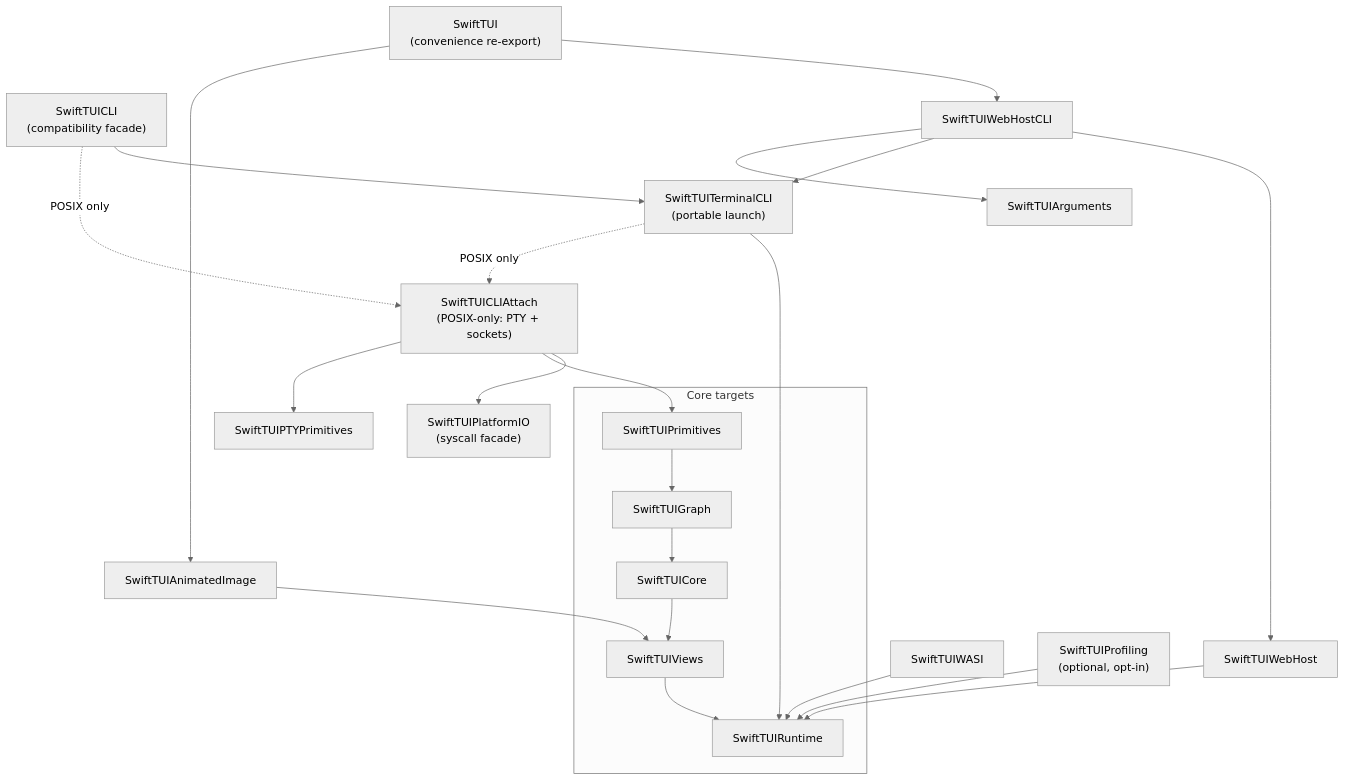
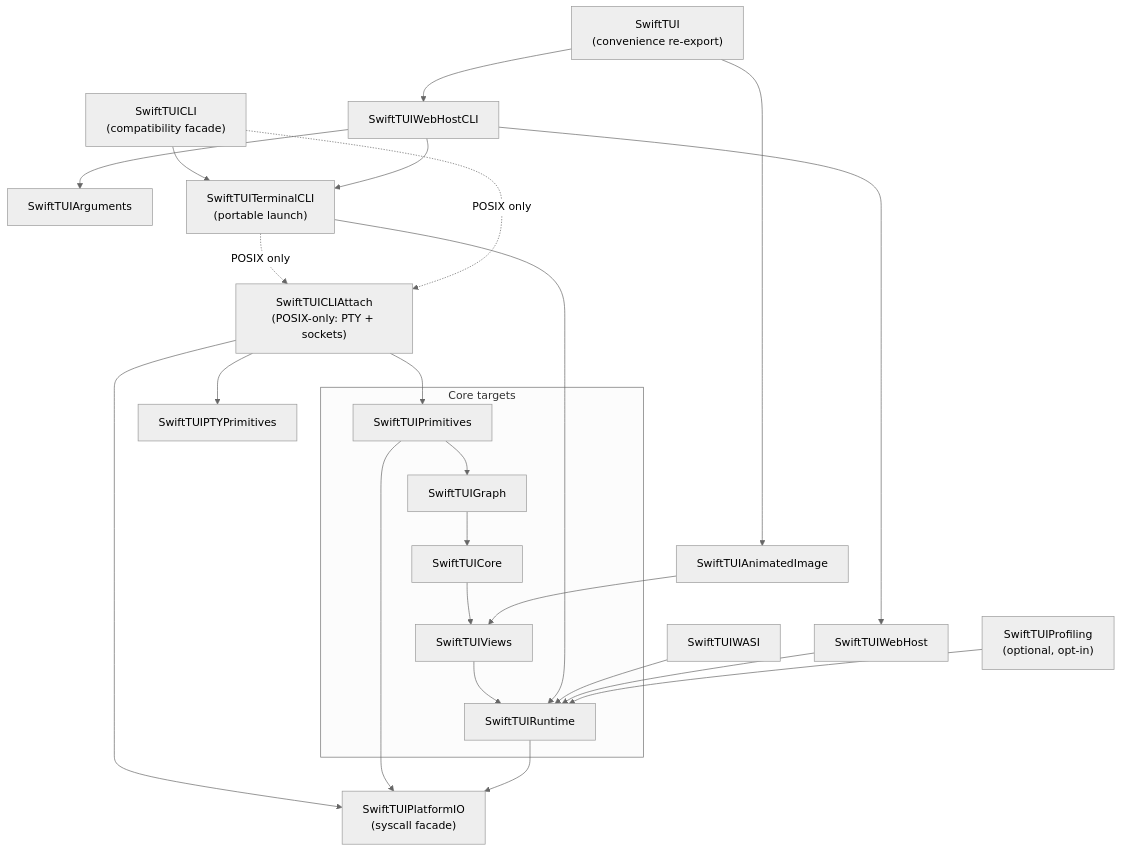
The second of 2 diagrams in docs/ARCHITECTURE.md (SwiftTUI/swift-tui), drawn with Mermaid (neutral theme) before and after one commit. The commit also changed other lines of this file and 8 other files, not shown here.

````diff
--- a/docs/ARCHITECTURE.md
+++ b/docs/ARCHITECTURE.md
@@ -134,35 +134,37 @@
 ```mermaid
 flowchart TD
     subgraph engine["Core targets"]
         SwiftTUIPrimitives
         SwiftTUIGraph
         SwiftTUICore
         SwiftTUIViews
         SwiftTUIRuntime
     end
     SwiftTUIPrimitives --> SwiftTUIGraph
     SwiftTUIGraph --> SwiftTUICore
     SwiftTUICore --> SwiftTUIViews
     SwiftTUIViews --> SwiftTUIRuntime
 
     SwiftTUIArguments
     SwiftTUITerminalCLI["SwiftTUITerminalCLI<br/>(portable launch)"] --> SwiftTUIRuntime
     SwiftTUITerminalCLI -.->|POSIX only| SwiftTUICLIAttach
     SwiftTUICLIAttach["SwiftTUICLIAttach<br/>(POSIX-only: PTY + sockets)"] --> SwiftTUIPlatformIO
     SwiftTUICLIAttach --> SwiftTUIPrimitives
     SwiftTUICLIAttach --> SwiftTUIPTYPrimitives
     SwiftTUIPlatformIO["SwiftTUIPlatformIO<br/>(syscall facade)"]
+    SwiftTUIPrimitives --> SwiftTUIPlatformIO
+    SwiftTUIRuntime --> SwiftTUIPlatformIO
     SwiftTUICLI["SwiftTUICLI<br/>(compatibility facade)"] --> SwiftTUITerminalCLI
     SwiftTUICLI -.->|POSIX only| SwiftTUICLIAttach
     SwiftTUI["SwiftTUI<br/>(convenience re-export)"]
     SwiftTUI --> SwiftTUIWebHostCLI
     SwiftTUI --> SwiftTUIAnimatedImage
 
     SwiftTUIWASI --> SwiftTUIRuntime
     SwiftTUIWebHost --> SwiftTUIRuntime
     SwiftTUIWebHostCLI --> SwiftTUIWebHost
     SwiftTUIWebHostCLI --> SwiftTUITerminalCLI
     SwiftTUIWebHostCLI --> SwiftTUIArguments
     SwiftTUIAnimatedImage --> SwiftTUIViews
     SwiftTUIProfiling["SwiftTUIProfiling<br/>(optional, opt-in)"] --> SwiftTUIRuntime
 ```
````
